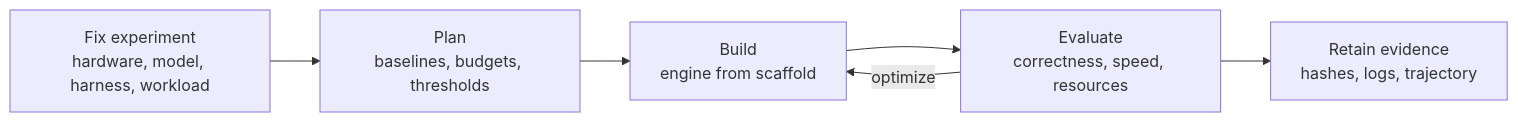
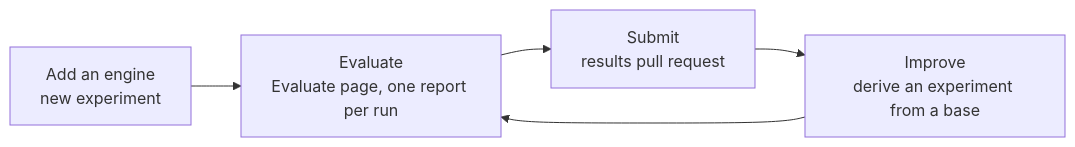
The diagram in README.md (LittleLittleCloud/LLM-Bootstrap), drawn with Mermaid before and after one commit. The commit also changed other lines of this file and 1 other file, not shown here.

Commit message:
Align README and hero banner with the three modes and the single-engine experiment

````diff
--- a/README.md
+++ b/README.md
@@ -46,8 +52,7 @@
 ```mermaid
 flowchart LR
-    A[Fix experiment<br/>hardware, model, harness, workload] --> B[Plan<br/>baselines, budgets, thresholds]
-    B --> C[Build<br/>engine from scaffold]
-    C --> D[Evaluate<br/>correctness, speed, resources]
-    D --> E[Retain evidence<br/>hashes, logs, trajectory]
-    D -->|optimize| C
+    A[Add an engine<br/>new experiment] --> B[Evaluate<br/>Evaluate page, one report per run]
+    B --> C[Submit<br/>results pull request]
+    C --> D[Improve<br/>derive an experiment from a base]
+    D --> B
 ```
````
